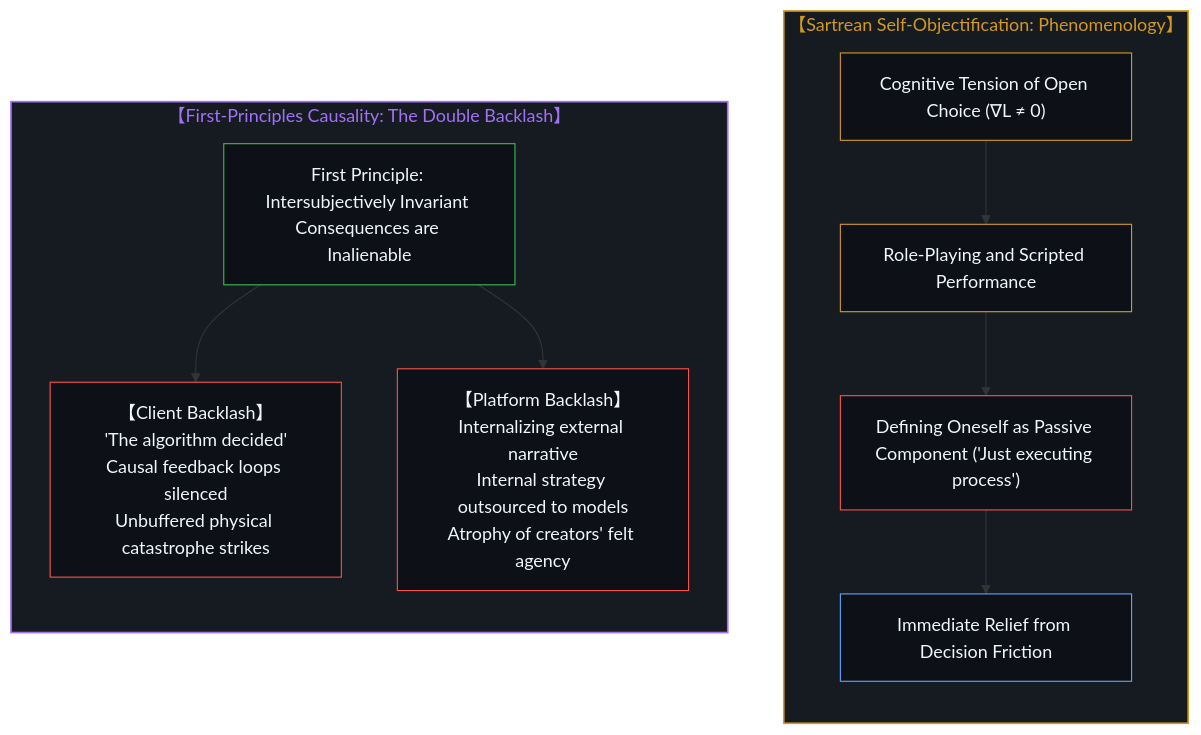
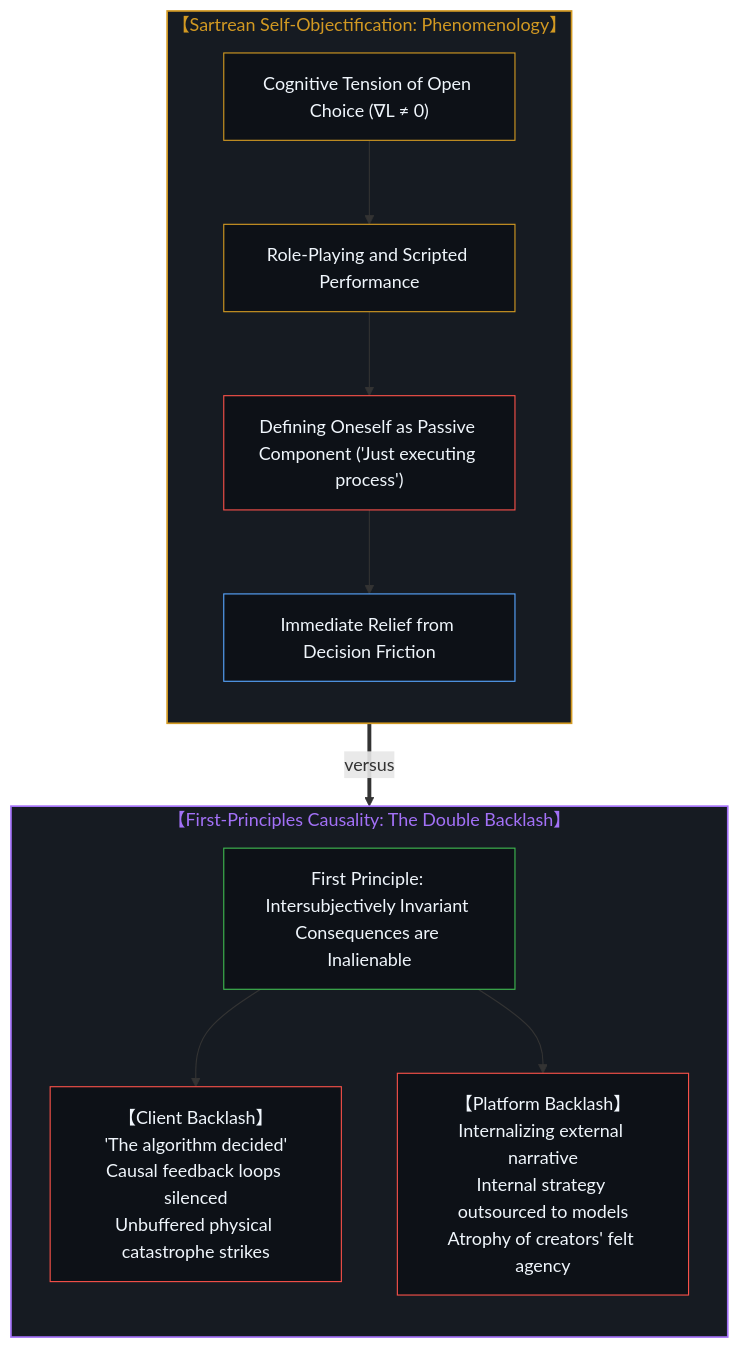
Before and after one commit to powerpig99/not-a-toe: the eighth of 12 diagrams in content/posts/the-delegation-of-the-task-and-the-inalienability-of-consequences.md, drawn with Mermaid. The commit also changed other lines of this file and 2 other files, not shown here.

Commit message:
Delegation essay: interleave bilingual paragraphs, vertical diagrams; reverse link to The Comment Is Not the Code

````diff
--- a/content/posts/the-delegation-of-the-task-and-the-inalienability-of-consequences.md
+++ b/content/posts/the-delegation-of-the-task-and-the-inalienability-of-consequences.md
@@ -280,26 +272,28 @@
 ```mermaid
 graph TD
     subgraph Sartrean_Phenomenology_EN["【Sartrean Self-Objectification: Phenomenology】"]
         direction TB
         S1_EN["Cognitive Tension of Open Choice (∇L ≠ 0)"] --> S2_EN["Role-Playing and Scripted Performance"]
         S2_EN --> S3_EN["Defining Oneself as Passive Component ('Just executing process')"]
         S3_EN --> S4_EN["Immediate Relief from Decision Friction"]
     end
 
     subgraph Causal_First_Principles_EN["【First-Principles Causality: The Double Backlash】"]
         direction TB
         C_Origin_EN["First Principle: Intersubjectively Invariant Consequences are Inalienable"]
         C_Origin_EN --> B_Client_EN["【Client Backlash】<br/>'The algorithm decided'<br/>Causal feedback loops silenced<br/>Unbuffered physical catastrophe strikes"]
         C_Origin_EN --> B_Platform_EN["【Platform Backlash】<br/>Internalizing external narrative<br/>Internal strategy outsourced to models<br/>Atrophy of creators' felt agency"]
     end
 
+    Sartrean_Phenomenology_EN ==>|"versus"| Causal_First_Principles_EN
+
     style Sartrean_Phenomenology_EN fill:#161b22,stroke:#d29922,stroke-width:1.5px,color:#d29922
     style Causal_First_Principles_EN fill:#161b22,stroke:#a371f7,stroke-width:1.5px,color:#a371f7
     style S1_EN fill:#0d1117,stroke:#d29922,stroke-width:1px,color:#f0f6fc
     style S2_EN fill:#0d1117,stroke:#d29922,stroke-width:1px,color:#f0f6fc
     style S3_EN fill:#0d1117,stroke:#f85149,stroke-width:1px,color:#f0f6fc
     style S4_EN fill:#0d1117,stroke:#58a6ff,stroke-width:1px,color:#f0f6fc
     style C_Origin_EN fill:#0d1117,stroke:#3fb950,stroke-width:1px,color:#f0f6fc
     style B_Client_EN fill:#0d1117,stroke:#f85149,stroke-width:1px,color:#f0f6fc
     style B_Platform_EN fill:#0d1117,stroke:#f85149,stroke-width:1px,color:#f0f6fc
 ```
````
